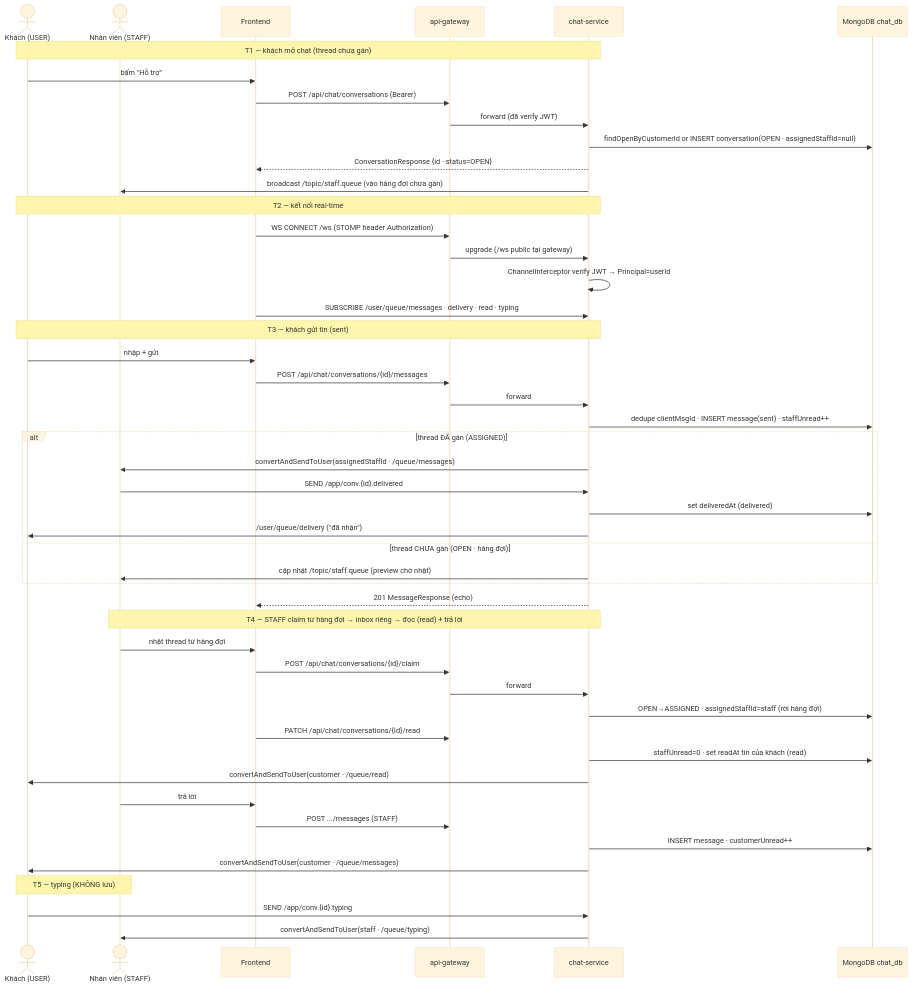
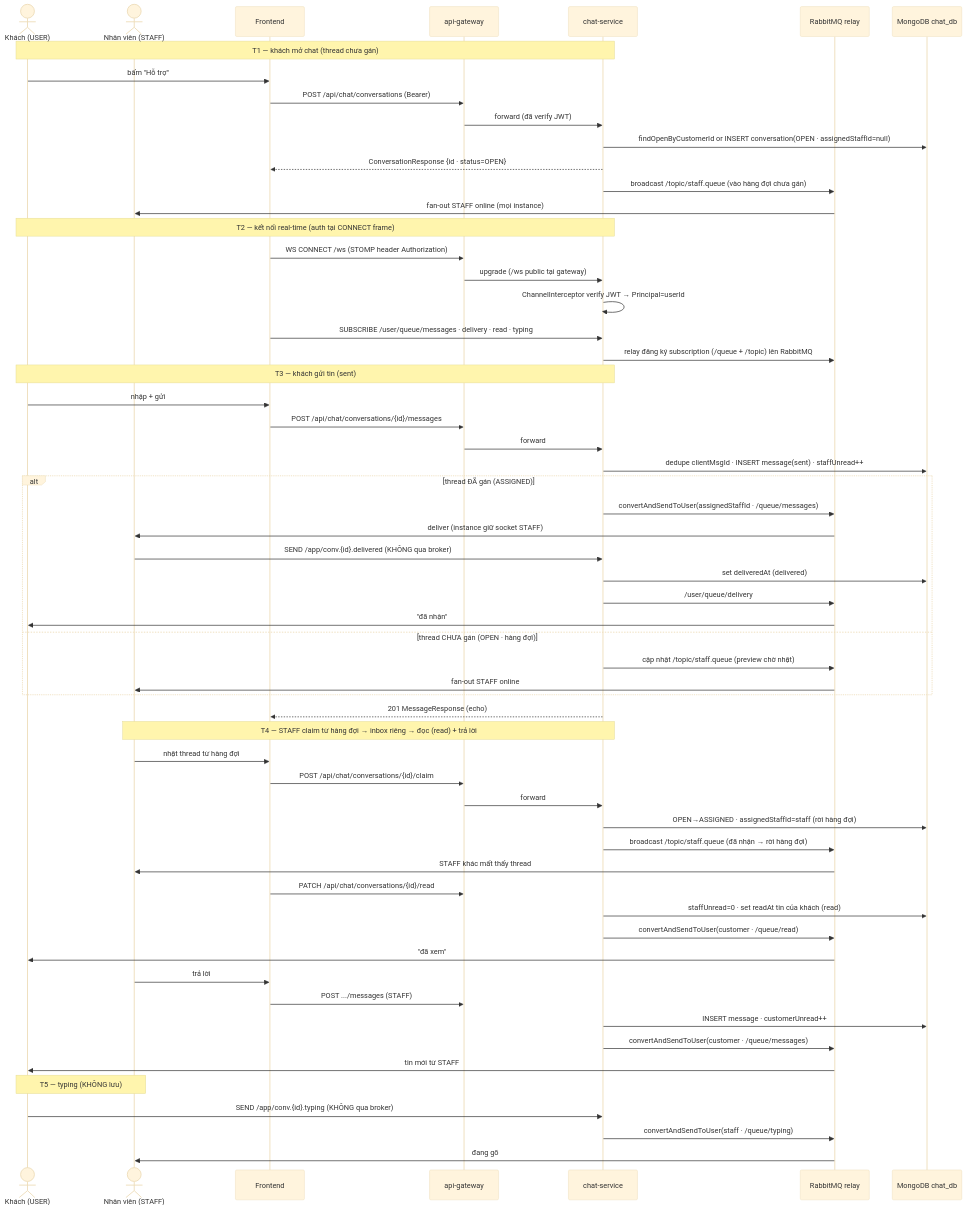
One commit to phucgigital03/BadmintonHub changed the sixth of 6 diagrams in UC_Chatting.md. Above: the diagram before and after it, drawn with Mermaid (base theme). The commit also changed other lines of this file and 1 other file, not shown here.

````diff
--- a/UC_Chatting.md
+++ b/UC_Chatting.md
@@ -389,61 +378,72 @@
 ```mermaid
 sequenceDiagram
     actor C as Khách (USER)
     actor S as Nhân viên (STAFF)
     participant FE as Frontend
     participant GW as api-gateway
     participant CH as chat-service
+    participant MQ as RabbitMQ relay
     participant DB as MongoDB chat_db
 
     %% ===== T1 mở thread (UC-CHAT-01) =====
     Note over C,CH: T1 — khách mở chat (thread chưa gán)
     C->>FE: bấm "Hỗ trợ"
     FE->>GW: POST /api/chat/conversations (Bearer)
     GW->>CH: forward (đã verify JWT)
     CH->>DB: findOpenByCustomerId or INSERT conversation(OPEN · assignedStaffId=null)
     CH-->>FE: ConversationResponse {id · status=OPEN}
-    CH->>S: broadcast /topic/staff.queue (vào hàng đợi chưa gán)
+    CH->>MQ: broadcast /topic/staff.queue (vào hàng đợi chưa gán)
+    MQ->>S: fan-out STAFF online (mọi instance)
 
     %% ===== T2 kết nối WS (UC-CHAT-02) =====
-    Note over C,CH: T2 — kết nối real-time
+    Note over C,CH: T2 — kết nối real-time (auth tại CONNECT frame)
     FE->>GW: WS CONNECT /ws (STOMP header Authorization)
     GW->>CH: upgrade (/ws public tại gateway)
     CH->>CH: ChannelInterceptor verify JWT → Principal=userId
     FE->>CH: SUBSCRIBE /user/queue/messages · delivery · read · typing
+    CH->>MQ: relay đăng ký subscription (/queue + /topic) lên RabbitMQ
 
     %% ===== T3 khách gửi (UC-CHAT-02) =====
     Note over C,CH: T3 — khách gửi tin (sent)
     C->>FE: nhập + gửi
     FE->>GW: POST /api/chat/conversations/{id}/messages
     GW->>CH: forward
     CH->>DB: dedupe clientMsgId · INSERT message(sent) · staffUnread++
 
     alt thread ĐÃ gán (ASSIGNED)
-        CH->>S: convertAndSendToUser(assignedStaffId · /queue/messages)
-        S->>CH: SEND /app/conv.{id}.delivered
+        CH->>MQ: convertAndSendToUser(assignedStaffId · /queue/messages)
+        MQ->>S: deliver (instance giữ socket STAFF)
+        S->>CH: SEND /app/conv.{id}.delivered (KHÔNG qua broker)
         CH->>DB: set deliveredAt (delivered)
-        CH->>C: /user/queue/delivery ("đã nhận")
+        CH->>MQ: /user/queue/delivery
+        MQ->>C: "đã nhận"
     else thread CHƯA gán (OPEN · hàng đợi)
-        CH->>S: cập nhật /topic/staff.queue (preview chờ nhặt)
+        CH->>MQ: cập nhật /topic/staff.queue (preview chờ nhặt)
+        MQ->>S: fan-out STAFF online
     end
     CH-->>FE: 201 MessageResponse (echo)
 
     %% ===== T4 STAFF claim + đọc + trả lời (UC-CHAT-03) =====
     Note over S,CH: T4 — STAFF claim từ hàng đợi → inbox riêng → đọc (read) + trả lời
     S->>FE: nhặt thread từ hàng đợi
     FE->>GW: POST /api/chat/conversations/{id}/claim
     GW->>CH: forward
     CH->>DB: OPEN→ASSIGNED · assignedStaffId=staff (rời hàng đợi)
+    CH->>MQ: broadcast /topic/staff.queue (đã nhận → rời hàng đợi)
+    MQ->>S: STAFF khác mất thấy thread
     FE->>GW: PATCH /api/chat/conversations/{id}/read
     CH->>DB: staffUnread=0 · set readAt tin của khách (read)
-    CH->>C: convertAndSendToUser(customer · /queue/read)
+    CH->>MQ: convertAndSendToUser(customer · /queue/read)
+    MQ->>C: "đã xem"
     S->>FE: trả lời
     FE->>GW: POST .../messages (STAFF)
     CH->>DB: INSERT message · customerUnread++
-    CH->>C: convertAndSendToUser(customer · /queue/messages)
+    CH->>MQ: convertAndSendToUser(customer · /queue/messages)
+    MQ->>C: tin mới từ STAFF
 
     %% ===== T5 typing (UC-CHAT-02) =====
     Note over C,S: T5 — typing (KHÔNG lưu)
-    C->>CH: SEND /app/conv.{id}.typing
-    CH->>S: convertAndSendToUser(staff · /queue/typing)
+    C->>CH: SEND /app/conv.{id}.typing (KHÔNG qua broker)
+    CH->>MQ: convertAndSendToUser(staff · /queue/typing)
+    MQ->>S: đang gõ
 ```
````
